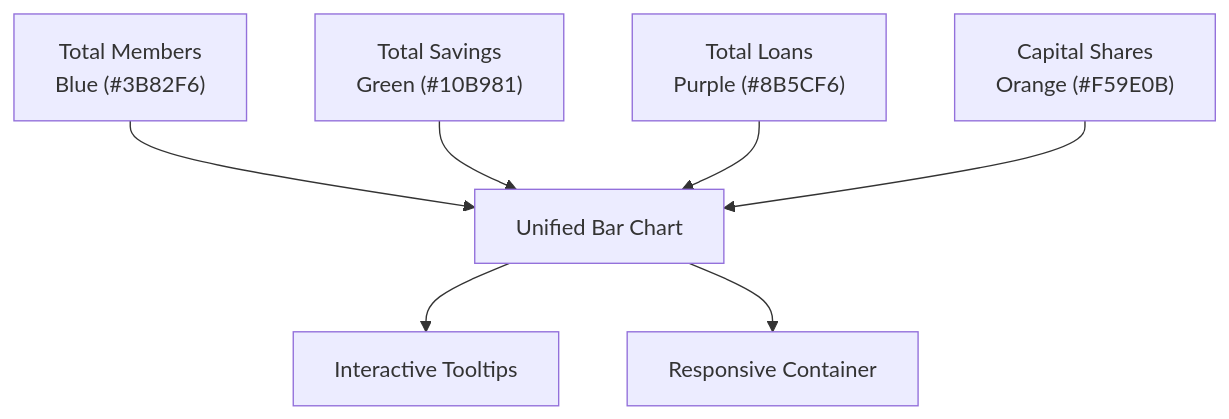
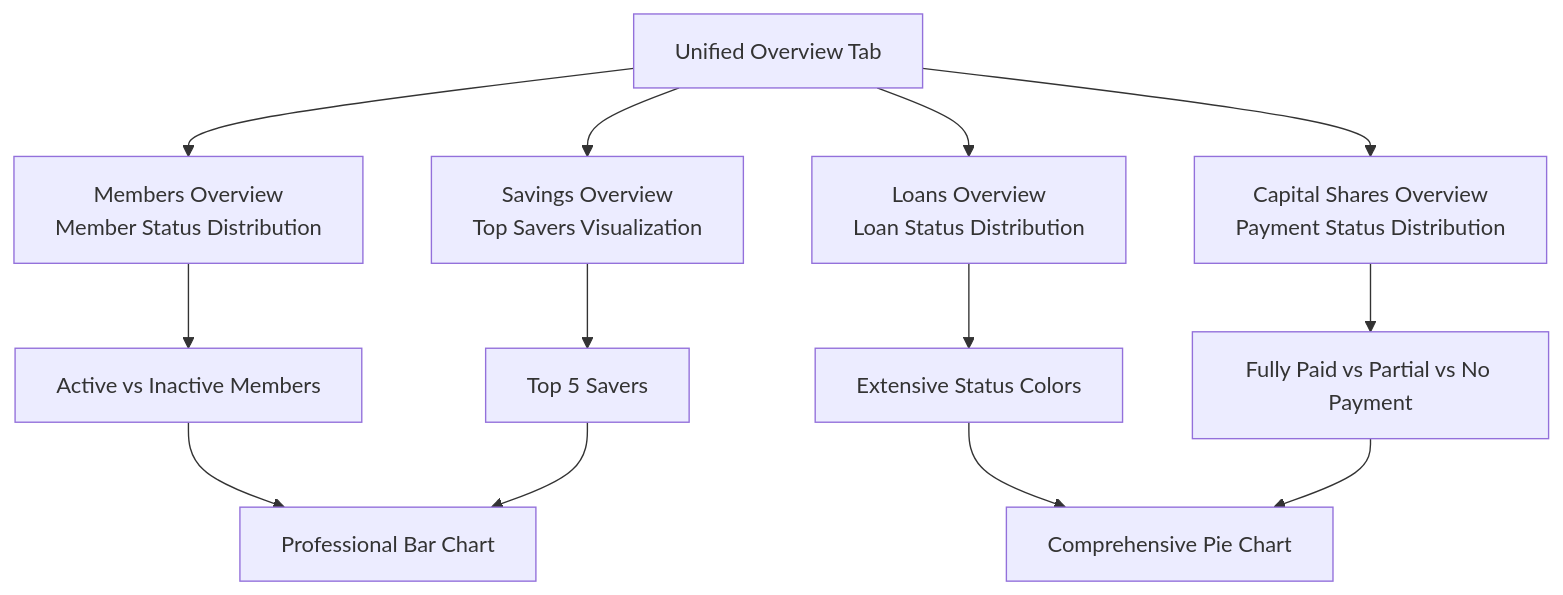
The third of 11 diagrams in .qoder/repowiki/en/content/Project Overview/Core Features & Functionality/Reporting & Analytics.md (Unsure-bry/sampacoop_system), drawn with Mermaid before and after one commit. The commit also changed other lines of this file and 6 other files, not shown here.

````diff
--- a/.qoder/repowiki/en/content/Project Overview/Core Features & Functionality/Reporting & Analytics.md
+++ b/.qoder/repowiki/en/content/Project Overview/Core Features & Functionality/Reporting & Analytics.md
@@ -298,9 +274,15 @@
 ```mermaid
 flowchart TD
-TotalMembers["Total Members<br/>Blue (#3B82F6)"] --> BarChart["Unified Bar Chart"]
-TotalSavings["Total Savings<br/>Green (#10B981)"] --> BarChart
-TotalLoans["Total Loans<br/>Purple (#8B5CF6)"] --> BarChart
-CapitalShares["Capital Shares<br/>Orange (#F59E0B)"] --> BarChart
-BarChart --> Tooltip["Interactive Tooltips"]
-BarChart --> Responsive["Responsive Container"]
+Overview["Unified Overview Tab"] --> Members["Members Overview<br/>Member Status Distribution"]
+Overview --> Savings["Savings Overview<br/>Top Savers Visualization"]
+Overview --> Loans["Loans Overview<br/>Loan Status Distribution"]
+Overview --> Capital["Capital Shares Overview<br/>Payment Status Distribution"]
+Members --> ActiveInactive["Active vs Inactive Members"]
+Savings --> TopSavers["Top 5 Savers"]
+Loans --> StatusDistribution["Extensive Status Colors"]
+Capital --> PaymentStatus["Fully Paid vs Partial vs No Payment"]
+ActiveInactive --> BarChart["Professional Bar Chart"]
+TopSavers --> BarChart
+StatusDistribution --> PieChart["Comprehensive Pie Chart"]
+PaymentStatus --> PieChart
 ```
````
